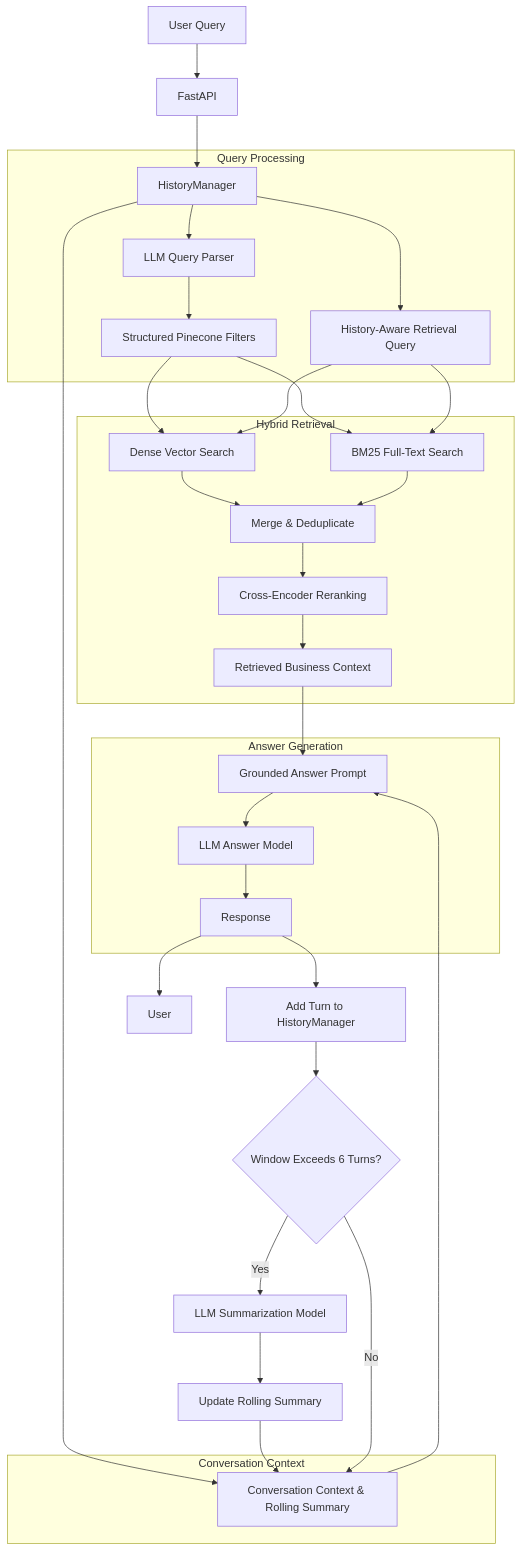
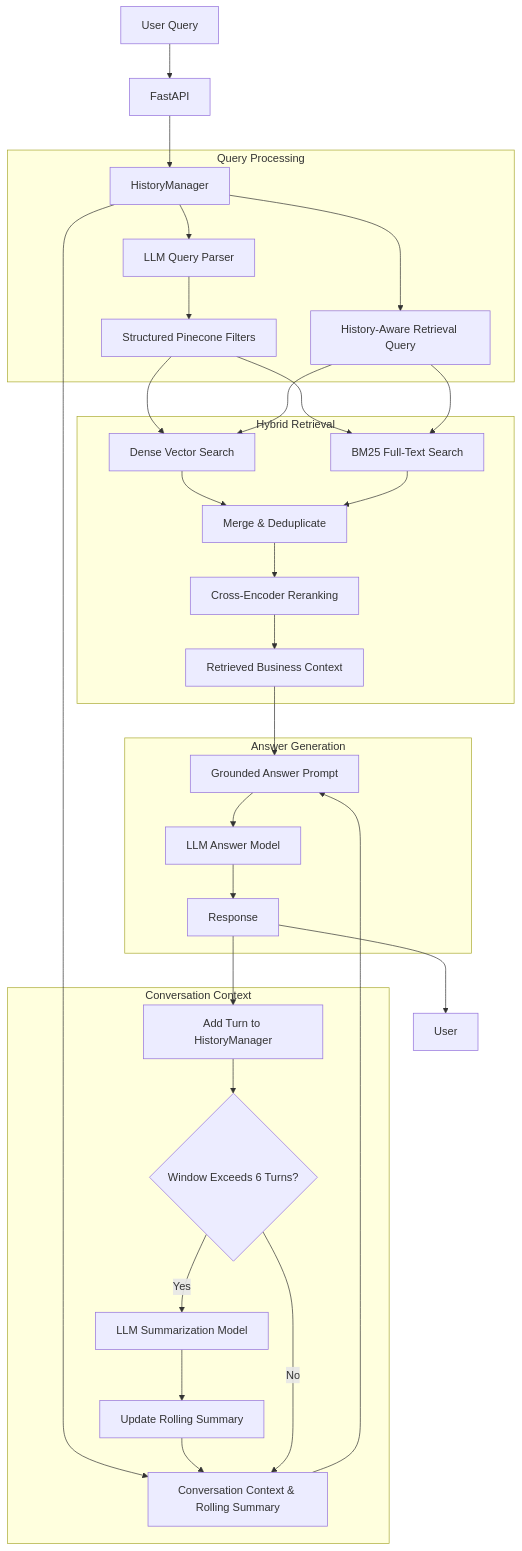
Before and after one commit to sufyanAshraf/RAG_: the diagram in README.md, drawn with Mermaid.

Commit message:
Refactor flowchart in README.md to enhance clarity on conversation context and history management processes

````diff
--- a/README.md
+++ b/README.md
@@ -78,45 +78,45 @@
 ```mermaid
 flowchart TD
 
     A[User Query] --> B[FastAPI]
     B --> C[HistoryManager]
 
     subgraph QUERY["Query Processing"]
         C --> D[LLM Query Parser]
         D --> E[Structured Pinecone Filters]
         C --> F[History-Aware Retrieval Query]
     end
 
     subgraph RETRIEVAL["Hybrid Retrieval"]
         E --> G[Dense Vector Search]
         E --> H[BM25 Full-Text Search]
         F --> G
         F --> H
         G --> I[Merge & Deduplicate]
         H --> I
         I --> J[Cross-Encoder Reranking]
         J --> K[Retrieved Business Context]
     end
-
-    subgraph CONTEXT["Conversation Context"]
-        C --> O[Conversation Context & Rolling Summary]
-    end
-
+    
     K --> L[Grounded Answer Prompt]
     O --> L
 
     subgraph GENERATION["Answer Generation"]
         L --> M[LLM Answer Model]
         M --> N[Response]
     end
 
-    N --> P[Add Turn to HistoryManager]
+	subgraph CONTEXT["Conversation Context"]
+        C --> O[Conversation Context & Rolling Summary]
+    
+		N --> P[Add Turn to HistoryManager]
+		
+		P --> Q{Window Exceeds 6 Turns?}
+
+		Q -- Yes --> R[LLM Summarization Model]
+		R --> S[Update Rolling Summary]
+		S --> O
+	end
 	N --> T[User]
-    P --> Q{Window Exceeds 6 Turns?}
-
-    Q -- Yes --> R[LLM Summarization Model]
-    R --> S[Update Rolling Summary]
-    S --> O
-
     Q -- No --> O
 ```
````
